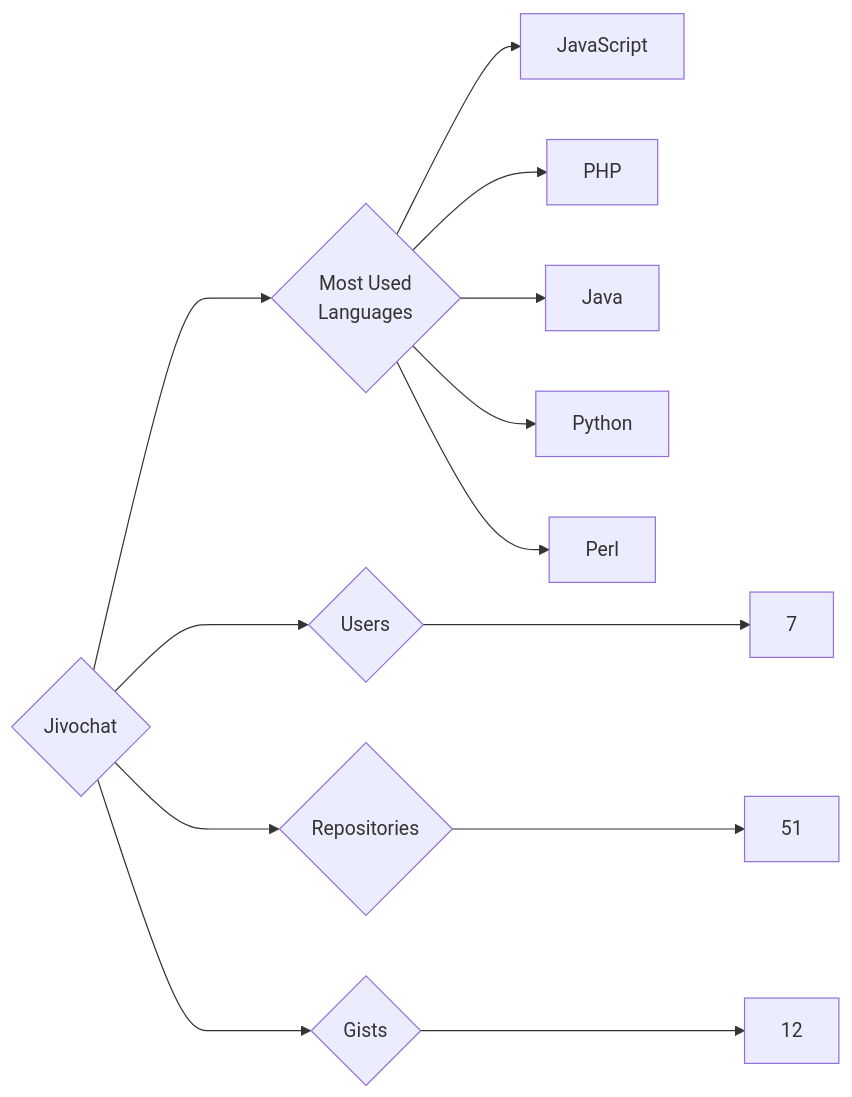
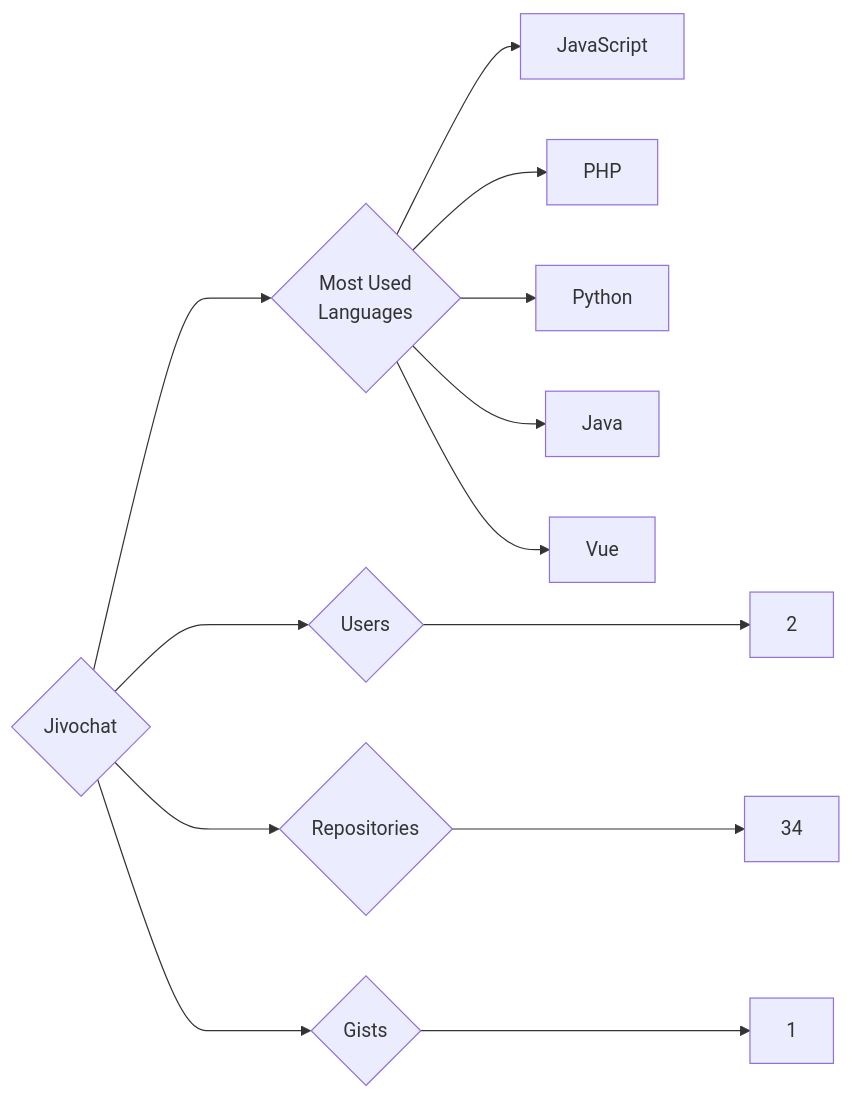
One commit to trickest/insiders changed the diagram in targets/Jivochat/README.md. Above: the diagram before and after it, drawn with Mermaid. The commit also changed 888 other files, not shown here.

````diff
--- a/targets/Jivochat/README.md
+++ b/targets/Jivochat/README.md
@@ -3,13 +3,13 @@
 ```mermaid
 graph LR
 COMPANY_NAME{Jivochat}
-COMPANY_NAME ---> U{Users} ---> UN[7]
-COMPANY_NAME ---> R{Repositories} ---> RN[51]
-COMPANY_NAME ---> G{Gists} ---> GN[12]
+COMPANY_NAME ---> U{Users} ---> UN[2]
+COMPANY_NAME ---> R{Repositories} ---> RN[34]
+COMPANY_NAME ---> G{Gists} ---> GN[1]
 COMPANY_NAME ---> ML{Most Used<br>Languages}
 ML --> JavaScript[JavaScript]
 ML --> PHP[PHP]
+ML --> Python[Python]
 ML --> Java[Java]
-ML --> Python[Python]
-ML --> Perl[Perl]
+ML --> Vue[Vue]
 ```
````
